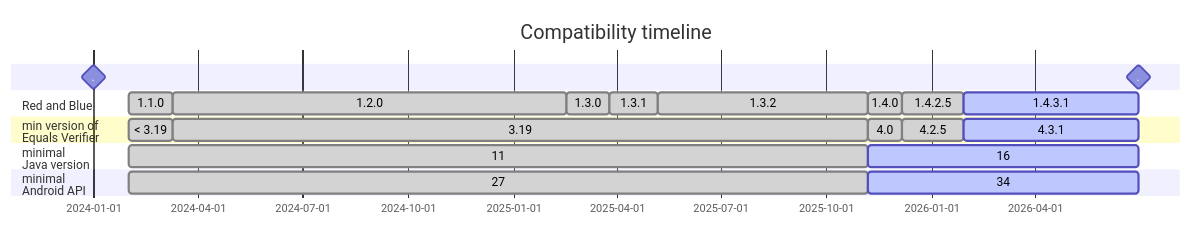
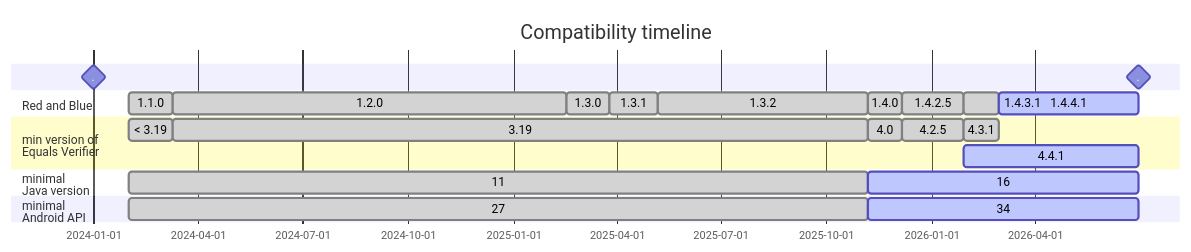
The diagram in doc/version-matching.md (neboskreb/red-and-blue), drawn with Mermaid before and after one commit. The commit also changed other lines of this file and 1 other file, not shown here.

Commit message:
Documentation update on the version matching

````diff
--- a/doc/version-matching.md
+++ b/doc/version-matching.md
@@ -33,37 +34,39 @@
 ```mermaid
 ---
 displayMode: compact
 ---
     gantt
         dateFormat  DD-MM-YYYY
         title       Compatibility timeline
 
         .                     :milestone,         diagram_start,   01-01-2024, 0d
         .                     :milestone,         next_release,    30-06-2026, 0d
         
     section Red and Blue
         1.1.0     :done,   rab110,    01-02-2024,   10-03-2024
         1.2.0     :done,   rab120,    after rab110, 16-02-2025
         1.3.0     :done,   rab130,    after rab120, 26-03-2025
         1.3.1     :done,   rab131,    after rab130, 07-05-2025
         1.3.2     :done,   rab132,    after rab131, 06-11-2025
         1.4.0     :done,   rab140,    after rab132, 06-12-2025
         1.4.2.5   :done,   rab1425,   after rab140, 29-01-2026
-        1.4.3.1   :active, rab1431,   after rab1425, until next_release
-    
+        1.4.3.1   :done,   rab1431,   after rab1425, 28-02-2026
+        1.4.4.1   :active, rab1441,   after rab1431, until next_release
+
     section min version of<br>Equals Verifier
         < 3.19    :done,   ev317,     01-02-2024,   until rab120
         3.19      :done,   ev319,     after ev317,  until rab140
         4.0       :done,   ev40,      after ev319,  until rab1425
         4.2.5     :done,   ev425,     after ev40,   until rab1431
-        4.3.1     :active, ev431,     after ev425,  until next_release
+        4.3.1     :done,   ev431,     after ev425,  until rab1441
+        4.4.1     :active, ev441,     after ev425,  until next_release
 
     
     section minimal<br>Java version
         11        :done,    java11,   01-02-2024,   until rab140
         16        :active,  java16,   after java11, until next_release
 
     section minimal<br>Android API
         27        :done,    api27,    01-02-2024,   until rab140
         34        :active,  api34,    after api27,  until next_release
 ```
````
